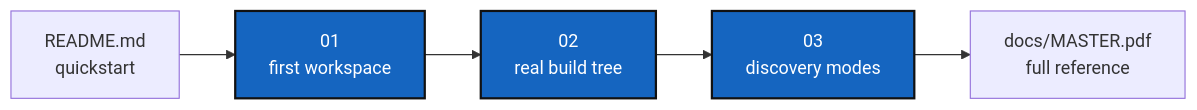
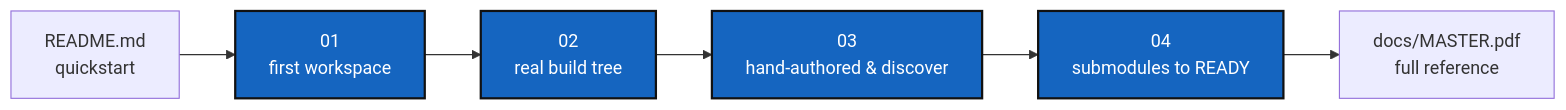
The diagram in tutorials/README.md (flipoyo/ComplexGitSync), drawn with Mermaid before and after one commit. The commit also changed other lines of this file and 7 other files, not shown here.

Commit message:
4 tutorials for a better experience, especially discover followed by import-submodules

````diff
--- a/tutorials/README.md
+++ b/tutorials/README.md
@@ -26,10 +26,11 @@
 ```mermaid
 graph LR
     README["README.md<br/>quickstart"] --> T1["01<br/>first workspace"]
     T1 --> T2["02<br/>real build tree"]
-    T2 --> T3["03<br/>discovery modes"]
-    T3 --> REF["docs/MASTER.pdf<br/>full reference"]
+    T2 --> T3["03<br/>hand-authored & discover"]
+    T3 --> T4["04<br/>submodules to READY"]
+    T4 --> REF["docs/MASTER.pdf<br/>full reference"]
 
     classDef here fill:#1565C0,color:#fff,stroke:#111,stroke-width:2px;
-    class T1,T2,T3 here;
+    class T1,T2,T3,T4 here;
 ```
````
